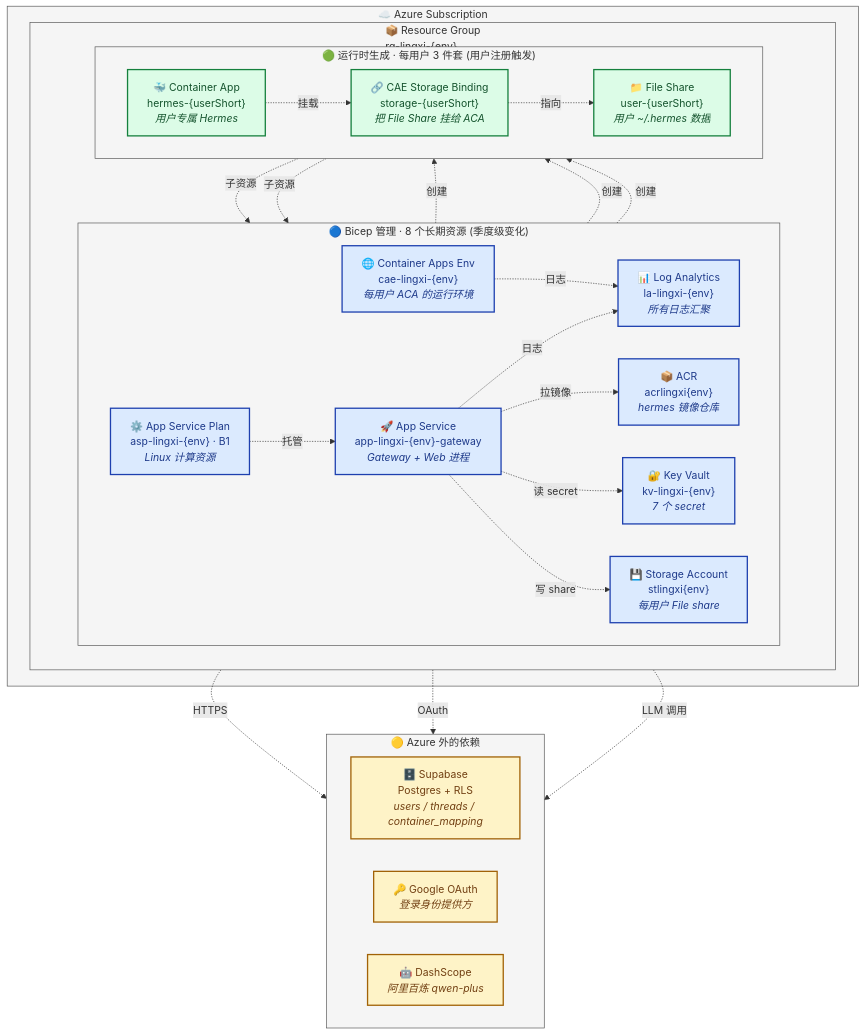
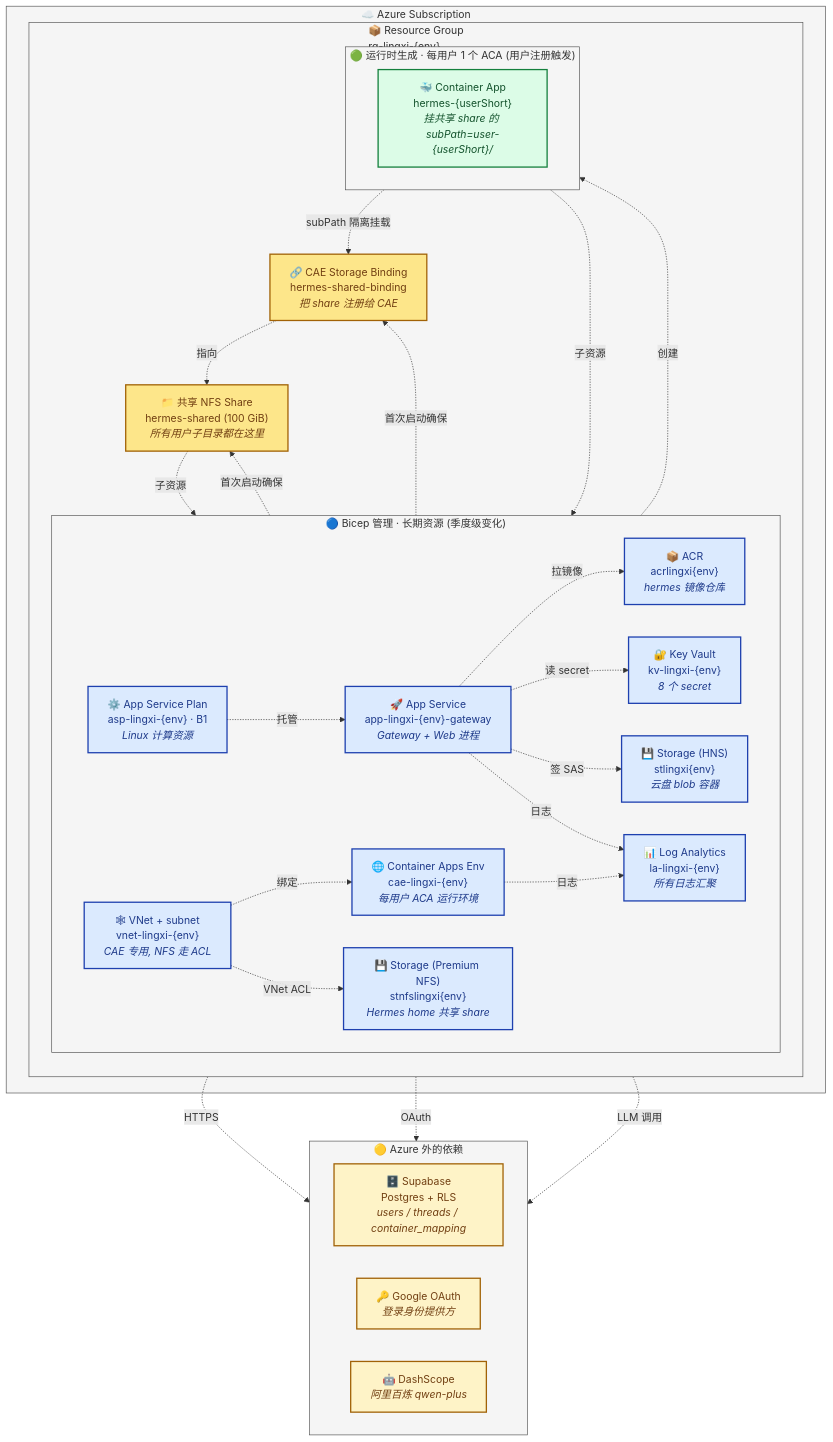
One commit to jiayiyan-AI/laifu changed the diagram in docs/deployment.md. Above: the diagram before and after it, drawn with Mermaid. The commit also changed other lines of this file and 14 other files, not shown here.

````diff
--- a/docs/deployment.md
+++ b/docs/deployment.md
@@ -138,61 +140,68 @@
 ```mermaid
 flowchart TB
     subgraph SUB["☁️ Azure Subscription"]
         subgraph RG["📦 Resource Group<br/>rg-lingxi-{env}"]
             direction TB
 
-            subgraph IaC["🔵 Bicep 管理 · 8 个长期资源 (季度级变化)"]
+            subgraph IaC["🔵 Bicep 管理 · 长期资源 (季度级变化)"]
                 direction LR
                 LA["📊 Log Analytics<br/>la-lingxi-{env}<br/><i>所有日志汇聚</i>"]
-                KV["🔐 Key Vault<br/>kv-lingxi-{env}<br/><i>7 个 secret</i>"]
+                KV["🔐 Key Vault<br/>kv-lingxi-{env}<br/><i>8 个 secret</i>"]
                 ACR["📦 ACR<br/>acrlingxi{env}<br/><i>hermes 镜像仓库</i>"]
-                SA["💾 Storage Account<br/>stlingxi{env}<br/><i>每用户 File share</i>"]
-                CAE["🌐 Container Apps Env<br/>cae-lingxi-{env}<br/><i>每用户 ACA 的运行环境</i>"]
+                SA_BLOB["💾 Storage (HNS)<br/>stlingxi{env}<br/><i>云盘 blob 容器</i>"]
+                SA_NFS["💾 Storage (Premium NFS)<br/>stnfslingxi{env}<br/><i>Hermes home 共享 share</i>"]
+                VNET["🕸 VNet + subnet<br/>vnet-lingxi-{env}<br/><i>CAE 专用, NFS 走 ACL</i>"]
+                CAE["🌐 Container Apps Env<br/>cae-lingxi-{env}<br/><i>每用户 ACA 运行环境</i>"]
                 ASP["⚙️ App Service Plan<br/>asp-lingxi-{env} · B1<br/><i>Linux 计算资源</i>"]
                 APP["🚀 App Service<br/>app-lingxi-{env}-gateway<br/><i>Gateway + Web 进程</i>"]
                 ASP -.托管.-> APP
+                VNET -.绑定.-> CAE
+                VNET -.VNet ACL.-> SA_NFS
             end
 
-            subgraph Runtime["🟢 运行时生成 · 每用户 3 件套 (用户注册触发)"]
+            subgraph Runtime["🟢 运行时生成 · 每用户 1 个 ACA (用户注册触发)"]
                 direction LR
-                ACA["🐳 Container App<br/>hermes-{userShort}<br/><i>用户专属 Hermes</i>"]
-                FS["📁 File Share<br/>user-{userShort}<br/><i>用户 ~/.hermes 数据</i>"]
-                BIND["🔗 CAE Storage Binding<br/>storage-{userShort}<br/><i>把 File Share 挂给 ACA</i>"]
-                ACA -.挂载.-> BIND
-                BIND -.指向.-> FS
+                ACA["🐳 Container App<br/>hermes-{userShort}<br/><i>挂共享 share 的 subPath=user-{userShort}/</i>"]
             end
 
+            SHARED["📁 共享 NFS Share<br/>hermes-shared (100 GiB)<br/><i>所有用户子目录都在这里</i>"]
+            BIND["🔗 CAE Storage Binding<br/>hermes-shared-binding<br/><i>把 share 注册给 CAE</i>"]
+            SHARED -.子资源.-> SA_NFS
+            BIND -.指向.-> SHARED
+            ACA -.subPath 隔离挂载.-> BIND
+
             APP -.创建.-> ACA
-            APP -.创建.-> FS
-            APP -.创建.-> BIND
+            APP -.首次启动确保.-> SHARED
+            APP -.首次启动确保.-> BIND
             APP -.拉镜像.-> ACR
             APP -.读 secret.-> KV
-            APP -.写 share.-> SA
-            FS -.子资源.-> SA
+            APP -.签 SAS.-> SA_BLOB
             ACA -.子资源.-> CAE
             CAE -.日志.-> LA
             APP -.日志.-> LA
         end
     end
 
     subgraph External["🟡 Azure 外的依赖"]
         direction LR
         SUPA["🗄️ Supabase<br/>Postgres + RLS<br/><i>users / threads / container_mapping</i>"]
         GOOG["🔑 Google OAuth<br/><i>登录身份提供方</i>"]
         DASH["🤖 DashScope<br/><i>阿里百炼 qwen-plus</i>"]
     end
 
     APP -.HTTPS.-> SUPA
     APP -.OAuth.-> GOOG
     ACA -.LLM 调用.-> DASH
 
     classDef bicep fill:#dbeafe,stroke:#1e40af,stroke-width:2px,color:#1e3a8a
     classDef runtime fill:#dcfce7,stroke:#15803d,stroke-width:2px,color:#14532d
+    classDef shared fill:#fde68a,stroke:#a16207,stroke-width:2px,color:#713f12
     classDef external fill:#fef3c7,stroke:#a16207,stroke-width:2px,color:#713f12
     classDef boundary fill:#f5f5f5,stroke:#525252,stroke-width:1px
 
-    class LA,KV,ACR,SA,CAE,ASP,APP bicep
-    class ACA,FS,BIND runtime
+    class LA,KV,ACR,SA_BLOB,SA_NFS,VNET,CAE,ASP,APP bicep
+    class ACA runtime
+    class SHARED,BIND shared
     class SUPA,GOOG,DASH external
     class IaC,Runtime,External,RG,SUB boundary
 ```
````
